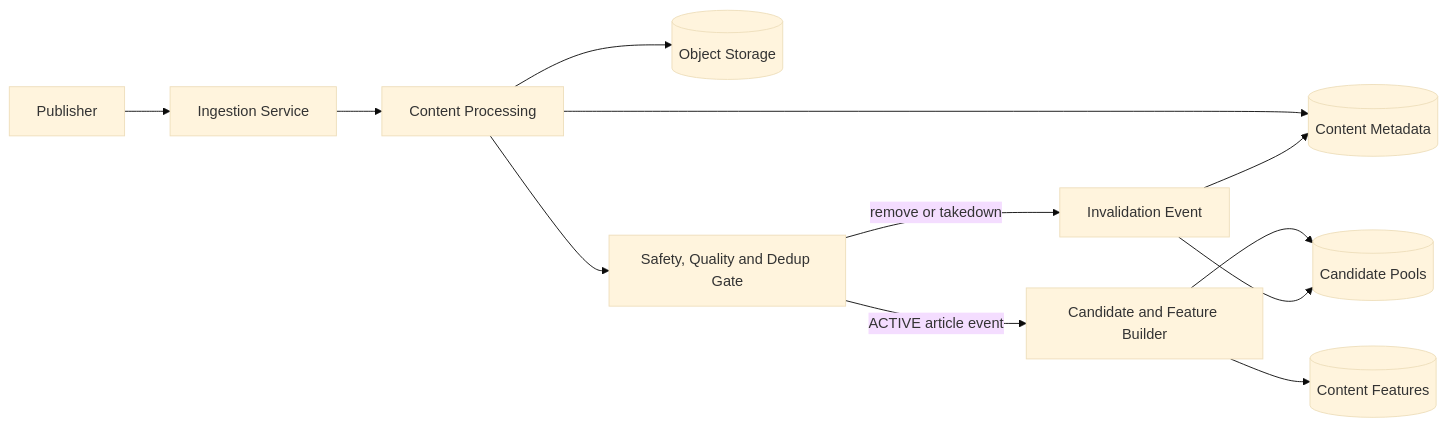
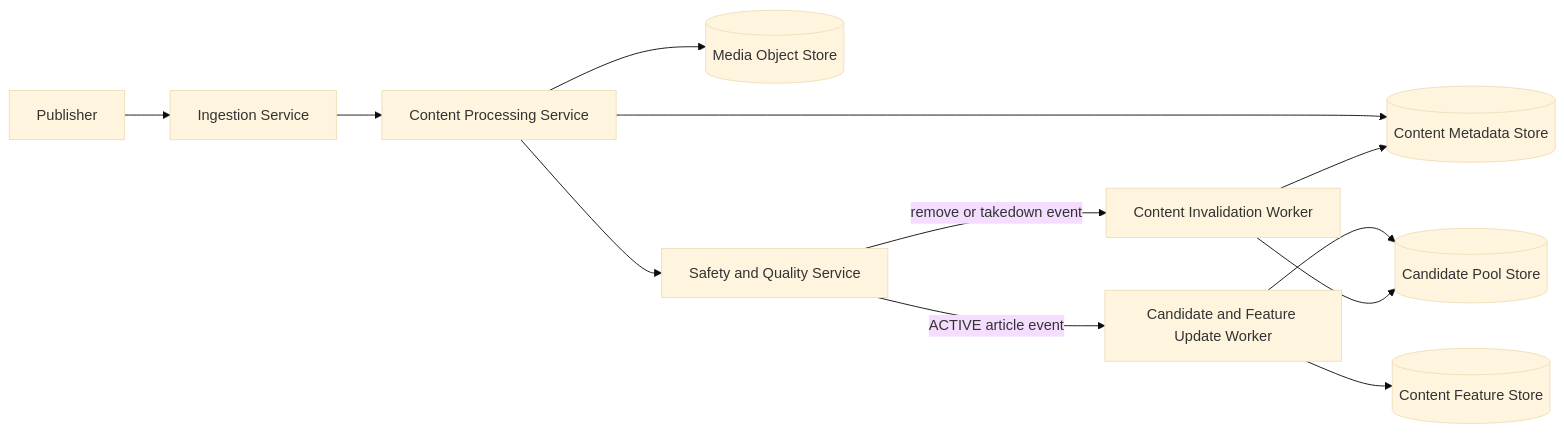
One commit to shiiyan/learn-system-design changed the first of 3 diagrams in personalized-news-feed-interview-quick-reference.md. Above: the diagram before and after it, drawn with Mermaid (base theme). The commit also changed other lines of this file, not shown here.

Commit message:
Normalize architecture component names

````diff
--- a/personalized-news-feed-interview-quick-reference.md
+++ b/personalized-news-feed-interview-quick-reference.md
@@ -147,14 +160,14 @@
 ```mermaid
 flowchart LR
     Publisher --> Ingestion[Ingestion Service]
-    Ingestion --> Processing[Content Processing]
-    Processing --> Metadata[(Content Metadata)]
-    Processing --> Blob[(Object Storage)]
-    Processing --> Gate[Safety, Quality and Dedup Gate]
-    Gate -->|ACTIVE article event| Builder[Candidate and Feature Builder]
-    Builder --> Pools[(Candidate Pools)]
-    Builder --> Features[(Content Features)]
-    Gate -->|remove or takedown| Invalidation[Invalidation Event]
+    Ingestion --> Processing[Content Processing Service]
+    Processing --> Metadata[(Content Metadata Store)]
+    Processing --> Blob[(Media Object Store)]
+    Processing --> Gate[Safety and Quality Service]
+    Gate -->|ACTIVE article event| Builder[Candidate and Feature Update Worker]
+    Builder --> Pools[(Candidate Pool Store)]
+    Builder --> Features[(Content Feature Store)]
+    Gate -->|remove or takedown event| Invalidation[Content Invalidation Worker]
     Invalidation --> Metadata
     Invalidation --> Pools
 ```
````
